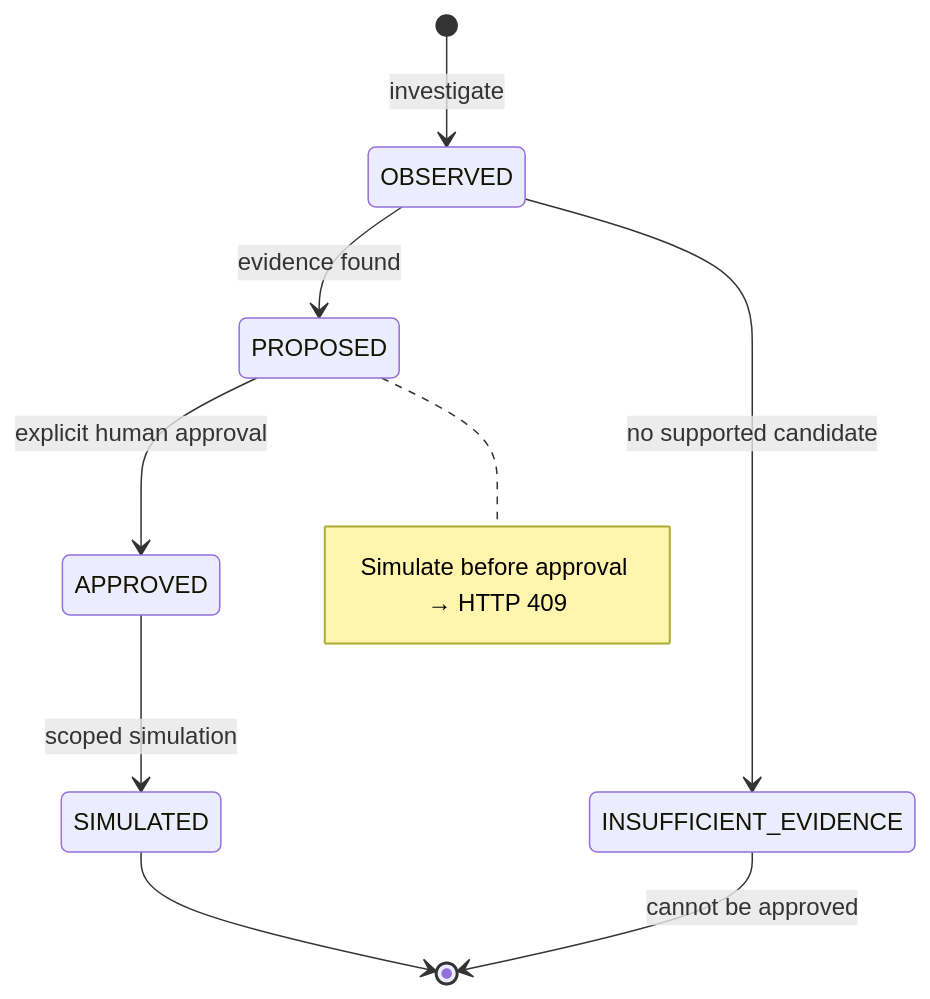
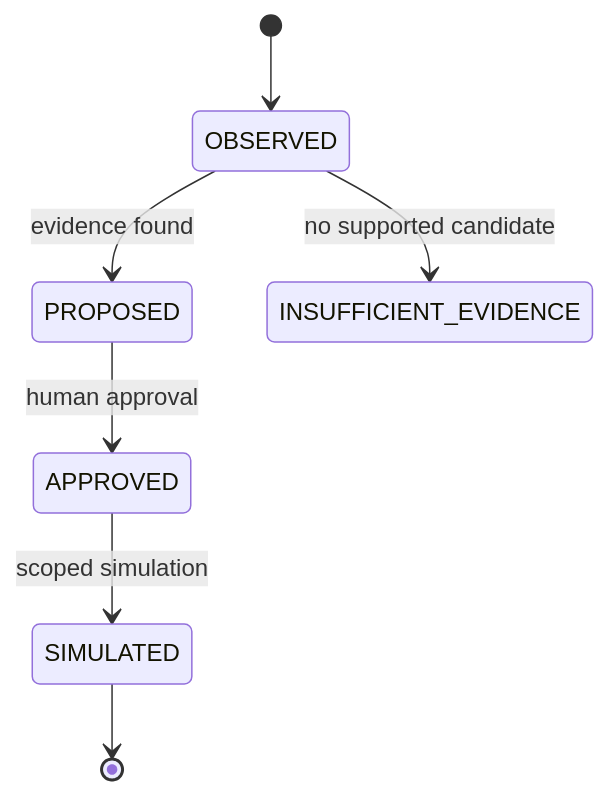
One commit to krish57-bit/AEGIS changed the fourth of 4 diagrams in README.md. Above: the diagram before and after it, drawn with Mermaid. The commit also changed other lines of this file and 1 other file, not shown here.

````diff
--- a/README.md
+++ b/README.md
@@ -158,13 +109,9 @@
 ```mermaid
 stateDiagram-v2
-    [*] --> OBSERVED: investigate
+    [*] --> OBSERVED
     OBSERVED --> PROPOSED: evidence found
     OBSERVED --> INSUFFICIENT_EVIDENCE: no supported candidate
-    PROPOSED --> APPROVED: explicit human approval
+    PROPOSED --> APPROVED: human approval
     APPROVED --> SIMULATED: scoped simulation
-    INSUFFICIENT_EVIDENCE --> [*]: cannot be approved
     SIMULATED --> [*]
-    note right of PROPOSED
-        Simulate before approval → HTTP 409
-    end note
 ```
````
